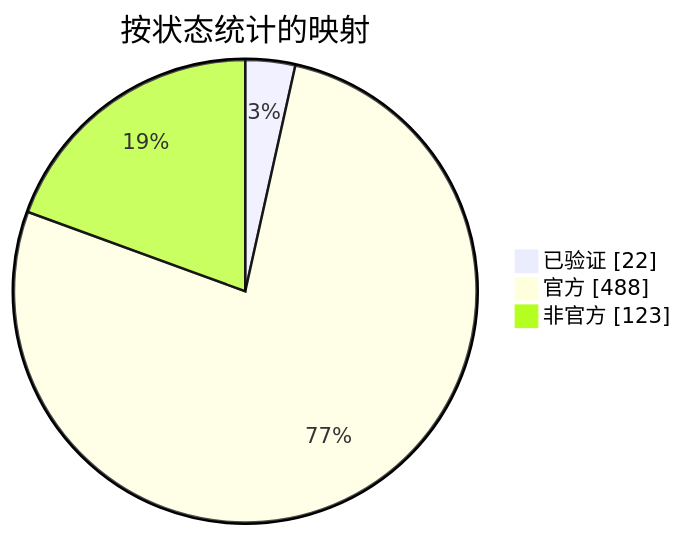
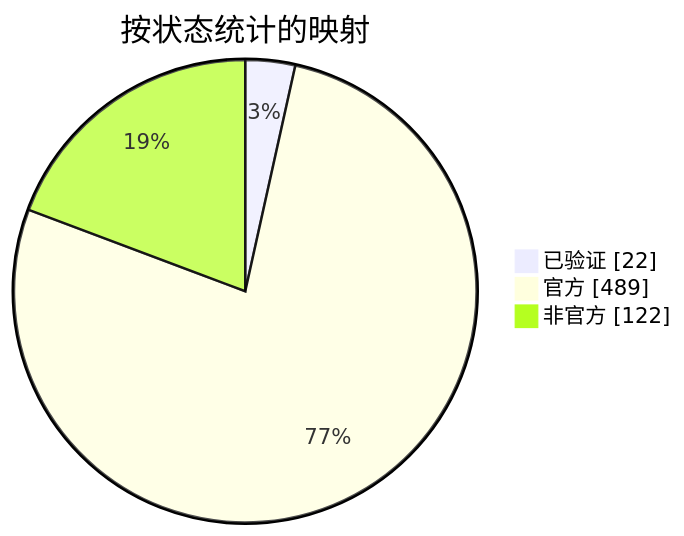
Before and after one commit to nobrega8/mbmap-library: the diagram in docs/readme/README_ZHS.md, drawn with Mermaid. The commit also changed 6 other files, not shown here.

````diff
--- a/docs/readme/README_ZHS.md
+++ b/docs/readme/README_ZHS.md
@@ -54,7 +54,7 @@
 ```mermaid
 pie showData
     title 按状态统计的映射
     "已验证" : 22
-    "官方" : 488
-    "非官方" : 123
+    "官方" : 489
+    "非官方" : 122
 ```
````
